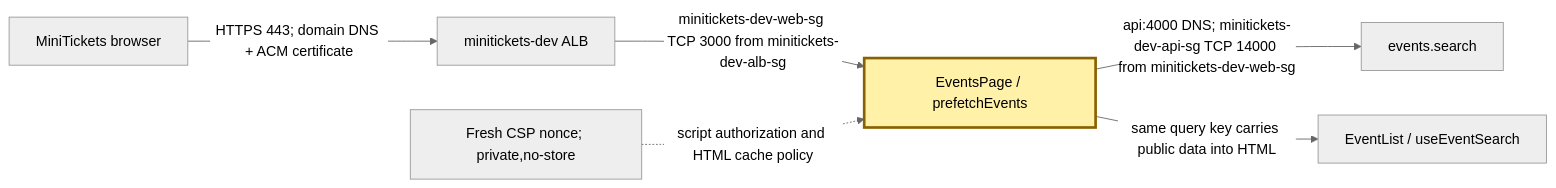
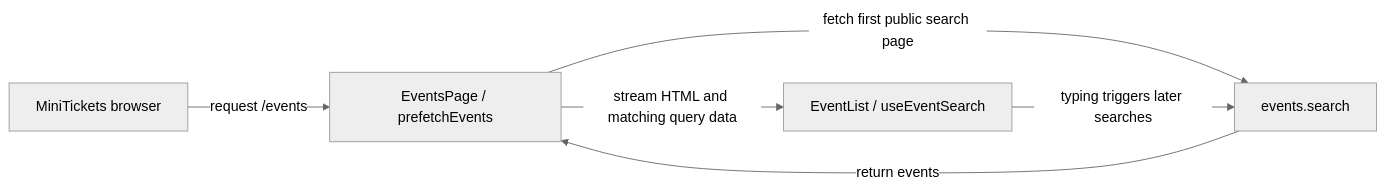
Before and after one commit to maheshnd/minitickets: the diagram in docs/handbook/concepts/csr-vs-ssr.md, drawn with Mermaid (neutral theme). The commit also changed other lines of this file and 39 other files, not shown here.

````diff
--- a/docs/handbook/concepts/csr-vs-ssr.md
+++ b/docs/handbook/concepts/csr-vs-ssr.md
@@ -15,10 +19,8 @@
 ```mermaid
 flowchart LR
-    browser["MiniTickets browser"] -->|"HTTPS 443; domain DNS + ACM certificate"| alb["minitickets-dev ALB"]
-    alb -->|"minitickets-dev-web-sg TCP 3000 from minitickets-dev-alb-sg"| web["EventsPage / prefetchEvents"]
-    web -->|"api:4000 DNS; minitickets-dev-api-sg TCP 14000 from minitickets-dev-web-sg"| api["events.search"]
-    web -->|"same query key carries public data into HTML"| client["EventList / useEventSearch"]
-    policy["Fresh CSP nonce; private,no-store"] -.->|"script authorization and HTML cache policy"| web
-    classDef focus fill:#fff1a8,stroke:#8a6100,stroke-width:3px
-    class web focus
+    B["MiniTickets browser"] -->|"request /events"| W["EventsPage / prefetchEvents"]
+    W -->|"fetch first public search page"| A["events.search"]
+    A -->|"return events"| W
+    W -->|"stream HTML and matching query data"| C["EventList / useEventSearch"]
+    C -->|"typing triggers later searches"| A
 ```
````
